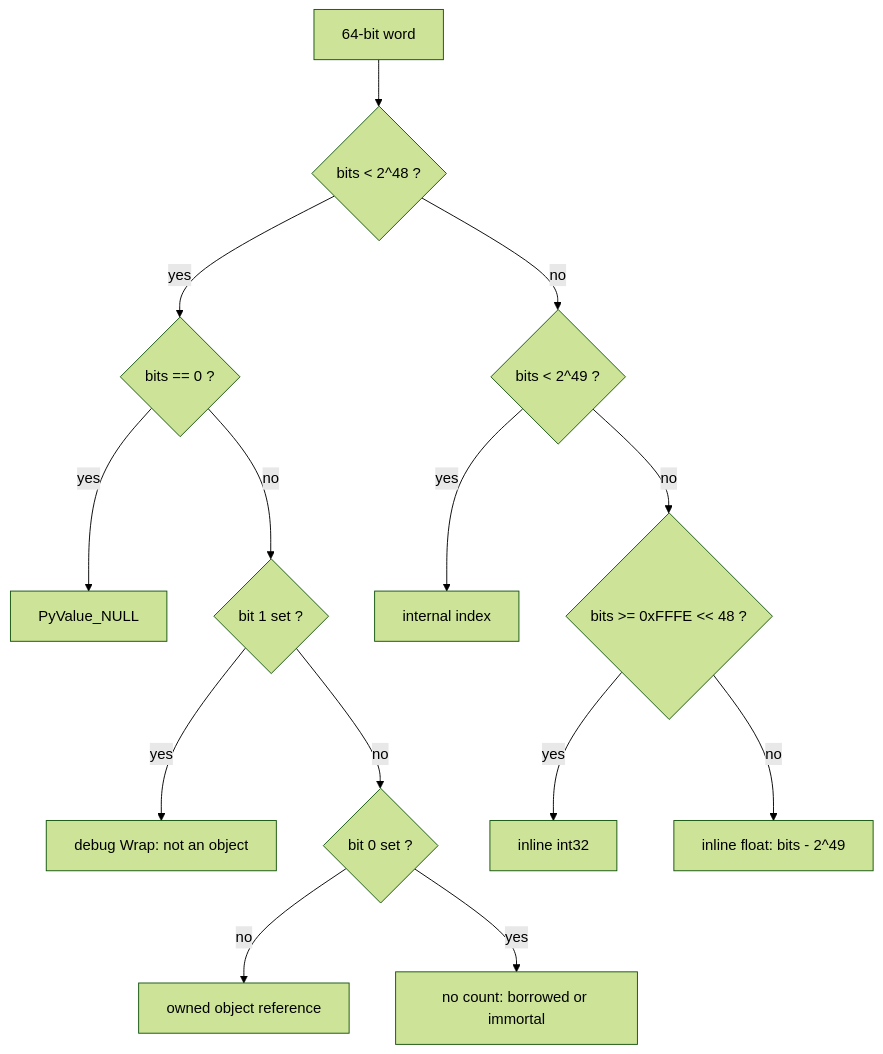
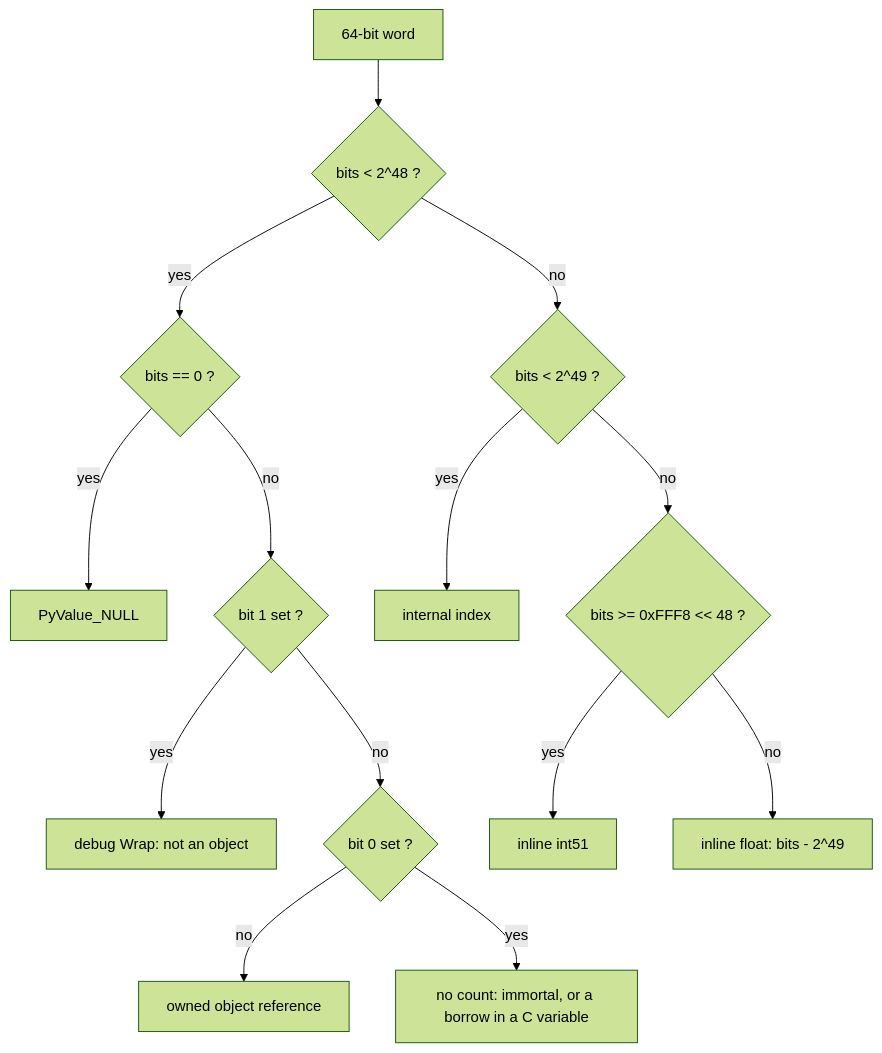
The first of 2 diagrams in pyjit/design/pyvalue.md (rjpower/cpython), drawn with Mermaid (forest theme) before and after one commit. The commit also changed other lines of this file and 2 other files, not shown here.

````diff
--- a/pyjit/design/pyvalue.md
+++ b/pyjit/design/pyvalue.md
@@ -77,16 +78,16 @@
 ```mermaid
 flowchart TD
     B[64-bit word] --> P{"bits < 2^48 ?"}
     P -- yes --> S{"bits == 0 ?"}
     S -- yes --> NULL[PyValue_NULL]
     S -- no --> W{"bit 1 set ?"}
     W -- yes --> WR[debug Wrap: not an object]
     W -- no --> O{"bit 0 set ?"}
     O -- no --> OWN[owned object reference]
-    O -- yes --> NC[no count: borrowed or immortal]
+    O -- yes --> NC[no count: immortal, or a borrow in a C variable]
     P -- no --> I{"bits < 2^49 ?"}
     I -- yes --> IDX[internal index]
-    I -- no --> N{"bits >= 0xFFFE << 48 ?"}
-    N -- yes --> INT[inline int32]
+    I -- no --> N{"bits >= 0xFFF8 << 48 ?"}
+    N -- yes --> INT[inline int51]
     N -- no --> FL["inline float: bits - 2^49"]
 ```
````
